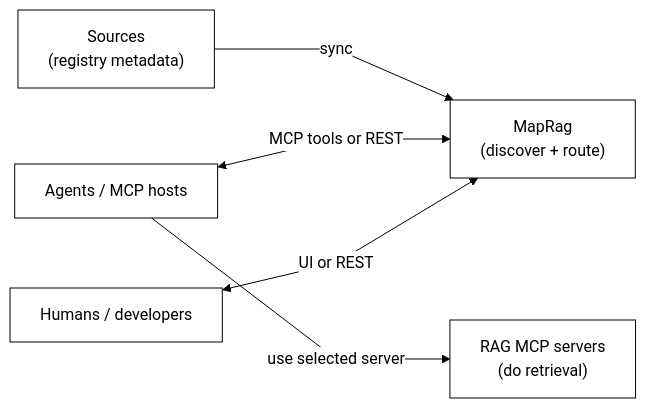
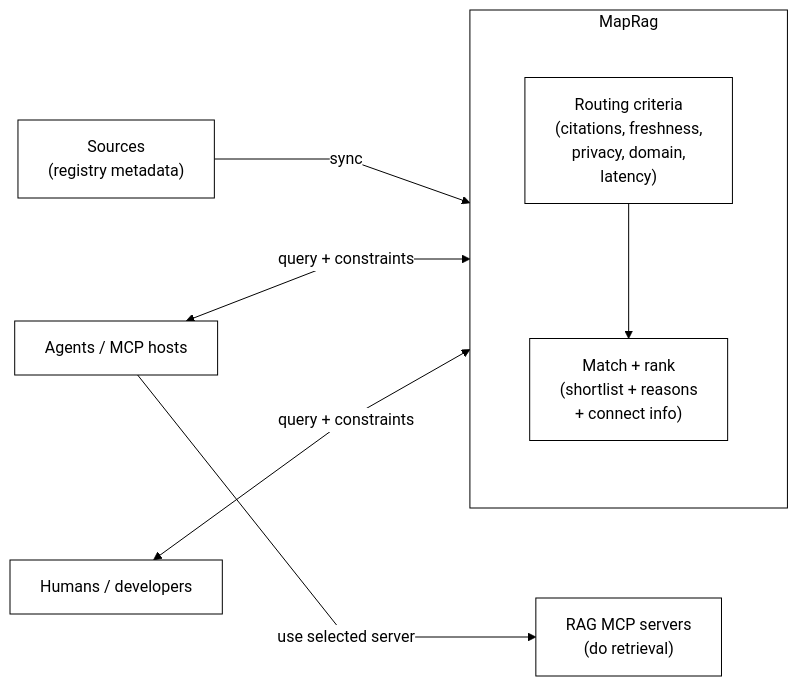
The diagram in docs/diagrams/ragmap-architecture.mmd (khalidsaidi/ragmap), drawn with Mermaid before and after one commit. The commit also changed 2 other files, not shown here.

Commit message:
Add routing criteria back to concept diagram

```diff
--- a/docs/diagrams/ragmap-architecture.mmd
+++ b/docs/diagrams/ragmap-architecture.mmd
@@ -1,16 +1,22 @@
-%%{init: {"theme":"base","themeVariables":{"primaryColor":"#ffffff","primaryTextColor":"#000000","primaryBorderColor":"#000000","lineColor":"#000000","secondaryColor":"#ffffff","tertiaryColor":"#ffffff","clusterBkg":"#ffffff","clusterBorder":"#000000","edgeLabelBackground":"#ffffff"},"flowchart":{"curve":"linear","nodeSpacing":70,"rankSpacing":90}}}%%
+%%{init: {"theme":"base","themeVariables":{"primaryColor":"#ffffff","primaryTextColor":"#000000","primaryBorderColor":"#000000","lineColor":"#000000","secondaryColor":"#ffffff","tertiaryColor":"#ffffff","clusterBkg":"#ffffff","clusterBorder":"#000000","edgeLabelBackground":"#ffffff"},"flowchart":{"curve":"linear","nodeSpacing":90,"rankSpacing":110}}}%%
 flowchart LR
   %% Concept-only diagram (no deployment, framework, or datastore details)
 
   classDef mono fill:#ffffff,stroke:#000000,color:#000000,stroke-width:1px;
 
   Sources["Sources\n(registry metadata)"]:::mono
-  MapRag["MapRag\n(discover + route)"]:::mono
   Agents["Agents / MCP hosts"]:::mono
   Humans["Humans / developers"]:::mono
   Retrieval["RAG MCP servers\n(do retrieval)"]:::mono
 
-  Sources -->|sync| MapRag
-  Agents <-->|MCP tools or REST| MapRag
-  Humans <-->|UI or REST| MapRag
+  subgraph MR["MapRag"]
+    direction TB
+    Criteria["Routing criteria\n(citations, freshness,\nprivacy, domain,\nlatency)"]:::mono
+    Engine["Match + rank\n(shortlist + reasons\n+ connect info)"]:::mono
+    Criteria --> Engine
+  end
+
+  Sources -->|sync| Engine
+  Agents <-->|query + constraints| Engine
+  Humans <-->|query + constraints| Engine
   Agents -->|use selected server| Retrieval
```
